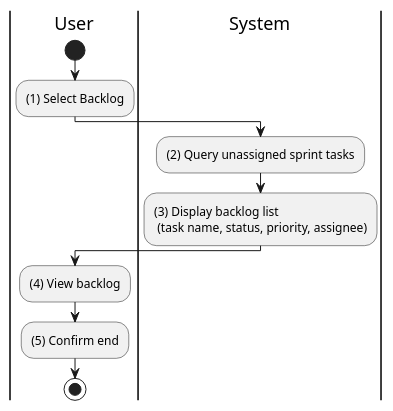
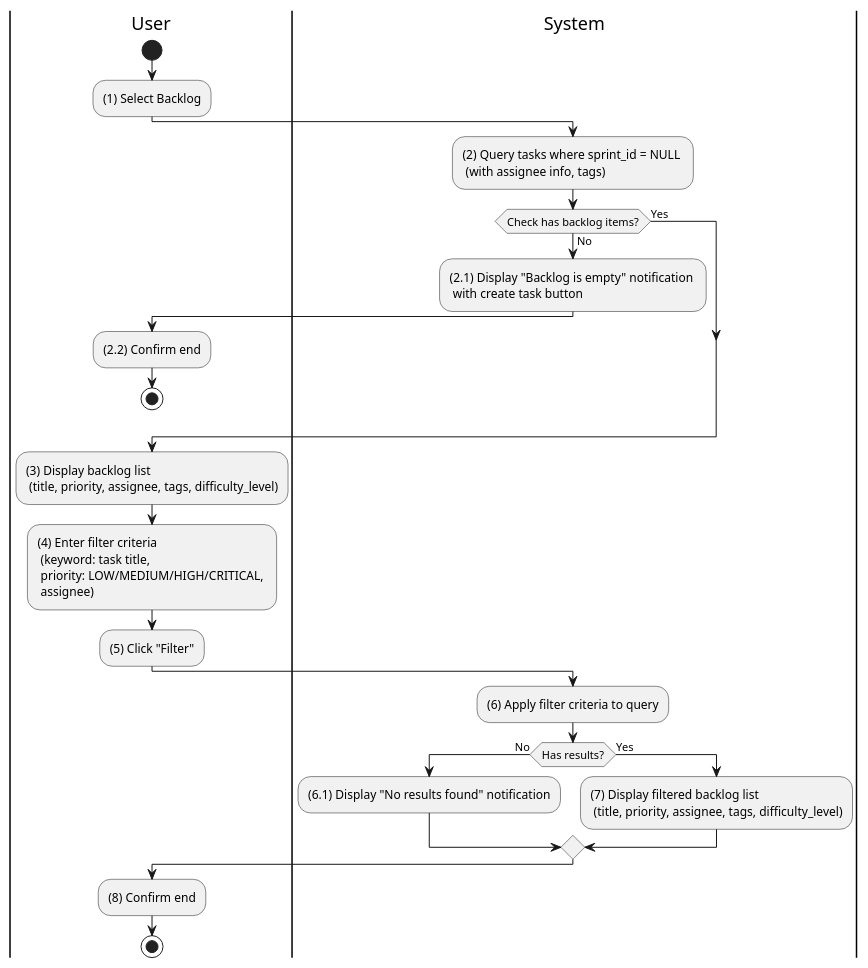
Before and after one commit to taskpilot-platform/taskpilot-platform.github.io: the diagram in docs/docs/activity/task-management/view-backlog.md, drawn with PlantUML. The commit also changed 10 other files, not shown here.

First line of the commit message:
expand activity diagrams: add empty-state checks and filter flows

````diff
--- a/docs/docs/activity/task-management/view-backlog.md
+++ b/docs/docs/activity/task-management/view-backlog.md
@@ -3,20 +3,43 @@
 ```plantuml
 @startuml
 |U|User
 |S|System
 
 |U|
 start
 :(1) Select Backlog;
 
 |S|
-:(2) Query unassigned sprint tasks;
-:(3) Display backlog list \n (task name, status, priority, assignee);
+:(2) Query tasks where sprint_id = NULL \n (with assignee info, tags);
+
+if (Check has backlog items?) then (No)
+  :(2.1) Display "Backlog is empty" notification \n with create task button;
+  |U|
+  :(2.2) Confirm end;
+  stop
+else (Yes)
+endif
+
+:(3) Display backlog list \n (title, priority, assignee, tags, difficulty_level);
 
 |U|
-:(4) View backlog;
-:(5) Confirm end;
+:(4) Enter filter criteria \n (keyword: task title, \n priority: LOW/MEDIUM/HIGH/CRITICAL, \n assignee);
+:(5) Click "Filter";
+
+|S|
+:(6) Apply filter criteria to query;
+
+if (Has results?) then (No)
+  :(6.1) Display "No results found" notification;
+  |U|
+else (Yes)
+  |S|
+  :(7) Display filtered backlog list \n (title, priority, assignee, tags, difficulty_level);
+  |U|
+endif
+
+:(8) Confirm end;
 
 stop
 @enduml
 ```
````
